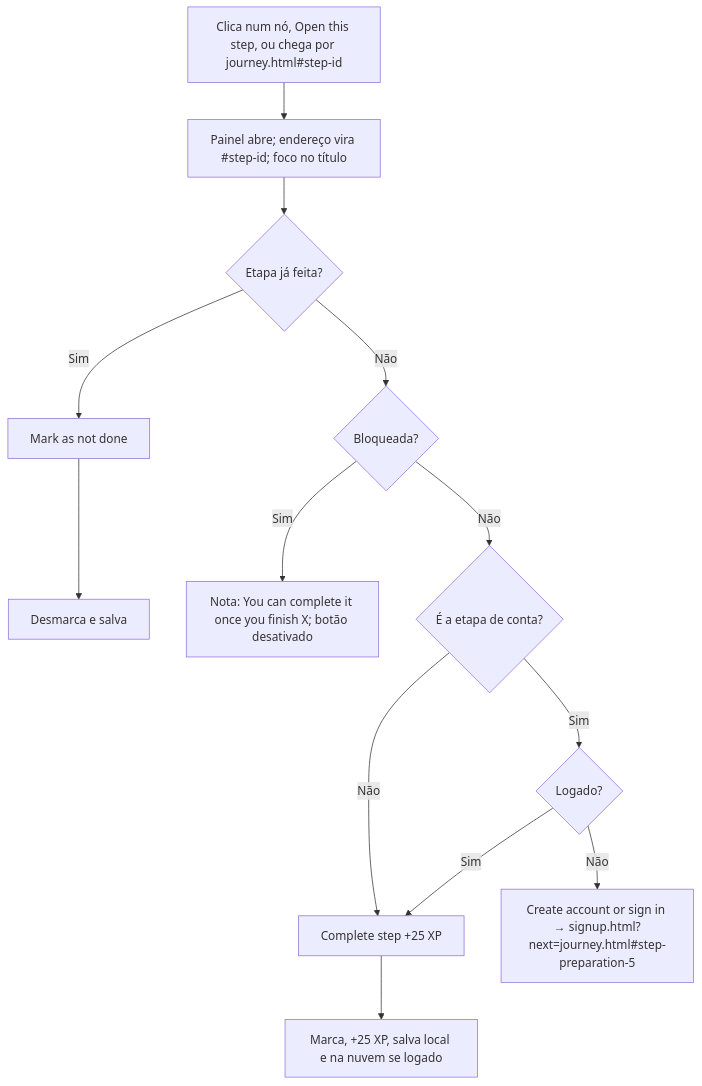
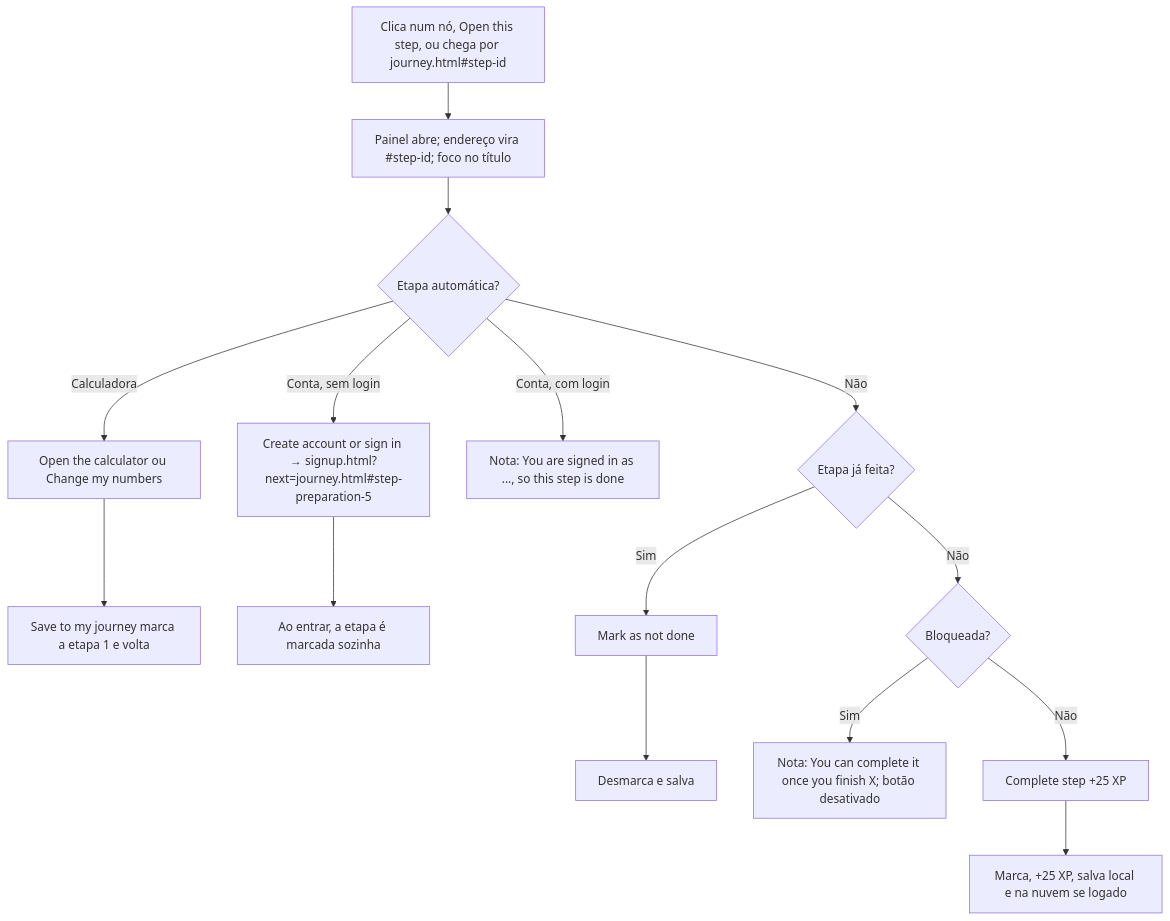
One commit to CodeByBrigido/EireHomeFlow changed the second of 4 diagrams in specs/04-App-Flow.md. Above: the diagram before and after it, drawn with Mermaid. The commit also changed other lines of this file and 24 other files, not shown here.

````diff
--- a/specs/04-App-Flow.md
+++ b/specs/04-App-Flow.md
@@ -51,13 +55,13 @@
 ```mermaid
 flowchart TD
   S[Clica num nó, Open this step, ou chega por journey.html#step-id] --> O[Painel abre; endereço vira #step-id; foco no título]
-  O --> Q1{Etapa já feita?}
+  O --> Q0{Etapa automática?}
+  Q0 -->|Calculadora| C1[Open the calculator ou Change my numbers] --> C2[Save to my journey marca a etapa 1 e volta]
+  Q0 -->|Conta, sem login| A[Create account or sign in → signup.html?next=journey.html#step-preparation-5] --> A2[Ao entrar, a etapa é marcada sozinha]
+  Q0 -->|Conta, com login| A3[Nota: You are signed in as ..., so this step is done]
+  Q0 -->|Não| Q1{Etapa já feita?}
   Q1 -->|Sim| U[Mark as not done] --> U2[Desmarca e salva]
   Q1 -->|Não| Q2{Bloqueada?}
   Q2 -->|Sim| L[Nota: You can complete it once you finish X; botão desativado]
-  Q2 -->|Não| Q3{É a etapa de conta?}
-  Q3 -->|Não| K[Complete step +25 XP] --> K2[Marca, +25 XP, salva local e na nuvem se logado]
-  Q3 -->|Sim| Q4{Logado?}
-  Q4 -->|Sim| K
-  Q4 -->|Não| A[Create account or sign in → signup.html?next=journey.html#step-preparation-5]
+  Q2 -->|Não| K[Complete step +25 XP] --> K2[Marca, +25 XP, salva local e na nuvem se logado]
 ```
````
